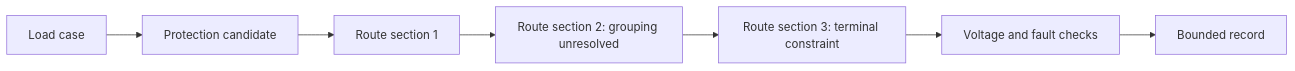
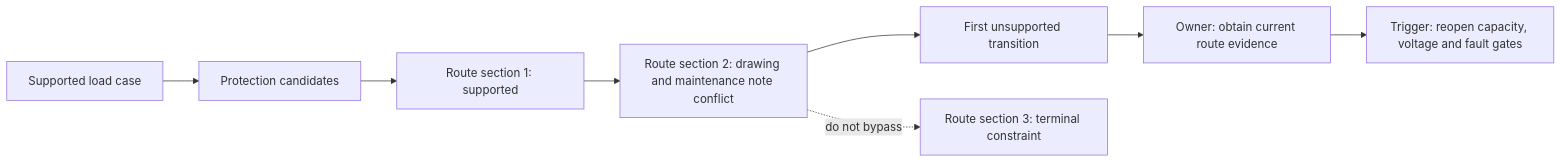
One commit to andrew3stedall/capstone changed the second of 2 diagrams in docs/learning-plans/12-week/modules/day-24-complete-cable-selection-workflow-and-evidence-record.md. Above: the diagram before and after it, drawn with Mermaid. The commit also changed other lines of this file, not shown here.

Commit message:
Improve Day 24 cable-selection evidence workflow

````diff
--- a/docs/learning-plans/12-week/modules/day-24-complete-cable-selection-workflow-and-evidence-record.md
+++ b/docs/learning-plans/12-week/modules/day-24-complete-cable-selection-workflow-and-evidence-record.md
@@ -94,9 +120,10 @@
 ```mermaid
 flowchart LR
-    L["Load case"] --> P["Protection candidate"]
-    P --> R1["Route section 1"]
-    R1 --> R2["Route section 2: grouping unresolved"]
-    R2 --> R3["Route section 3: terminal constraint"]
-    R3 --> Q["Voltage and fault checks"]
-    Q --> Z["Bounded record"]
+    L["Supported load case"] --> P["Protection candidates"]
+    P --> R1["Route section 1: supported"]
+    R1 --> R2["Route section 2: drawing and maintenance note conflict"]
+    R2 --> X["First unsupported transition"]
+    X --> O["Owner: obtain current route evidence"]
+    O --> T["Trigger: reopen capacity, voltage and fault gates"]
+    R2 -. "do not bypass" .-> R3["Route section 3: terminal constraint"]
 ```
````
